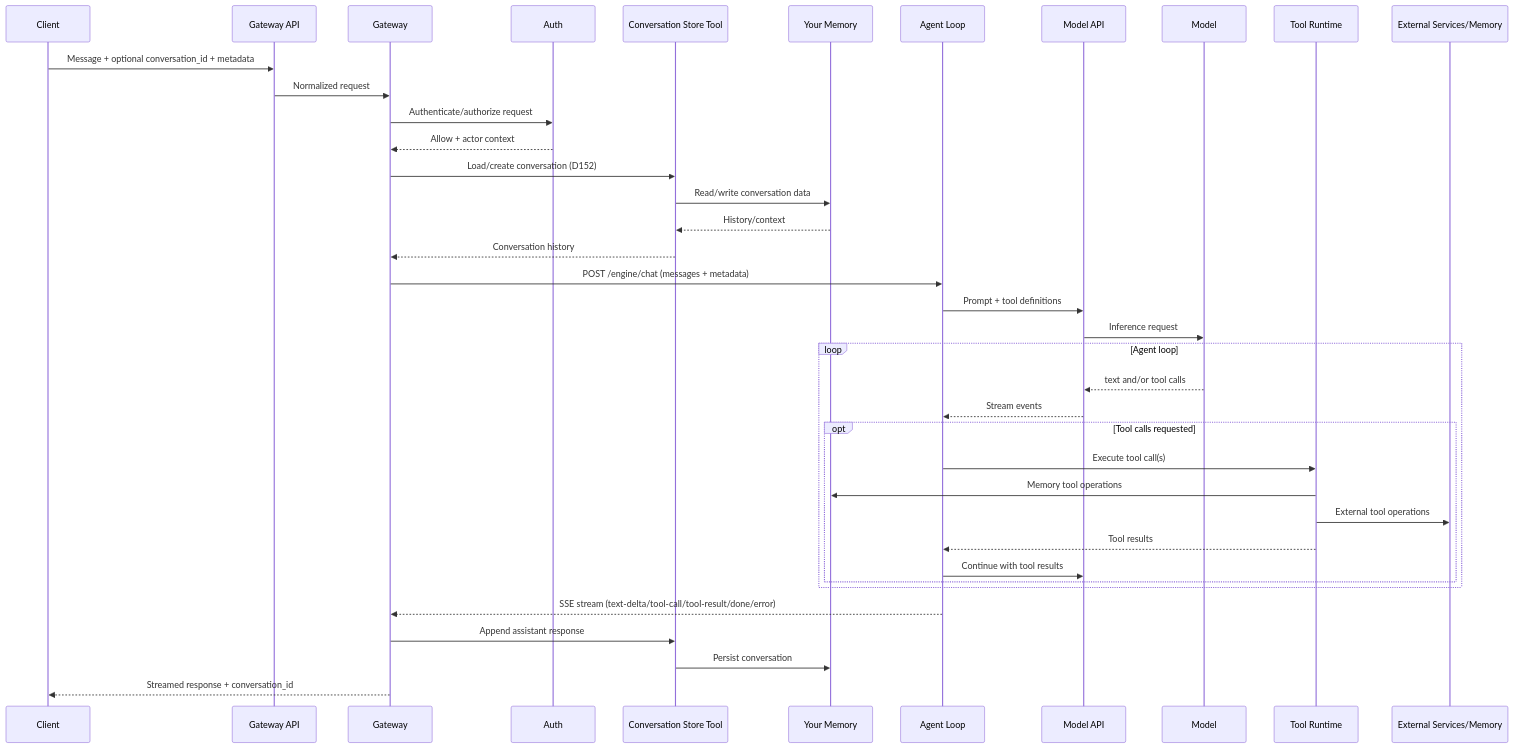
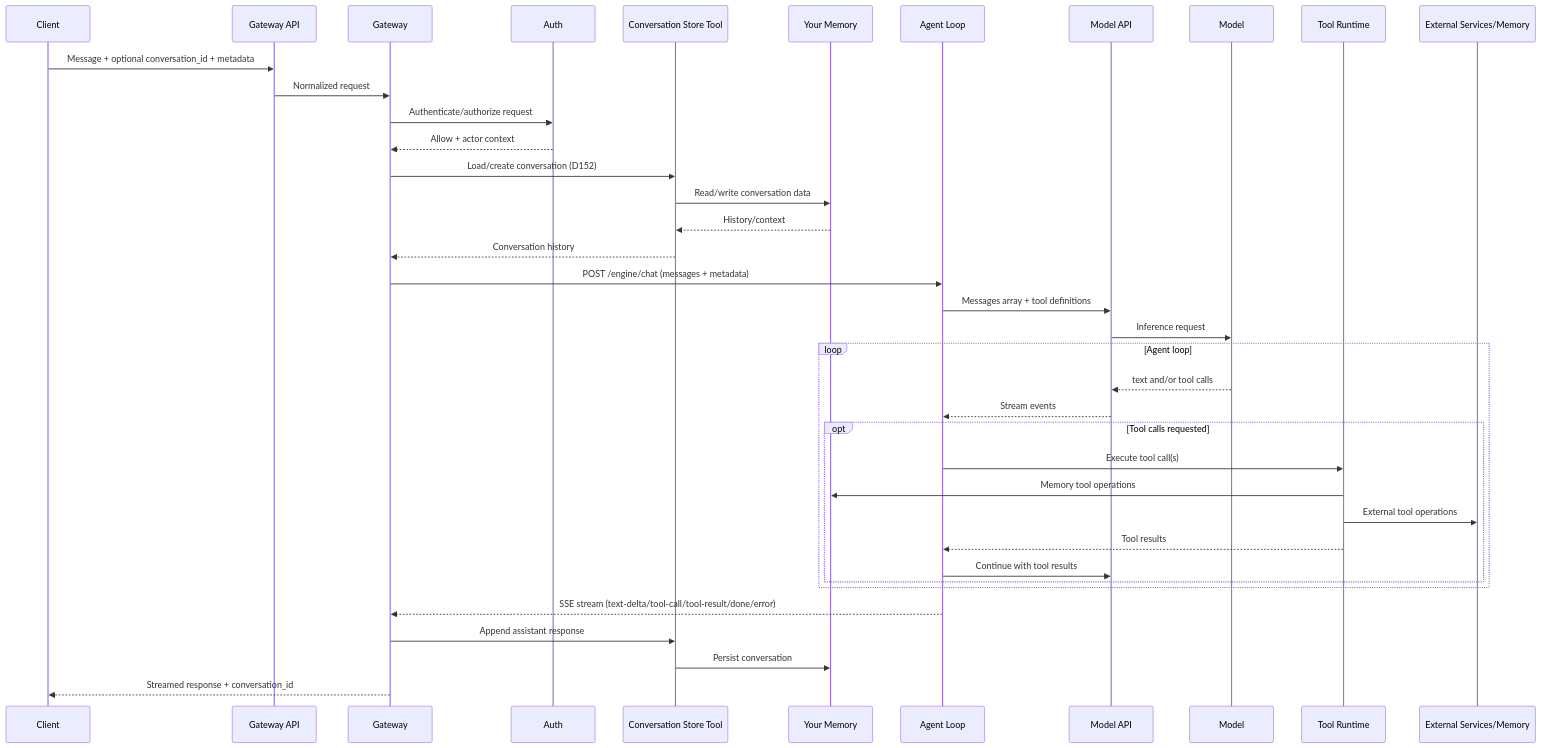
Before and after one commit to Personal-AI-Architecture/the-architecture: the second of 2 diagrams in docs/foundation-spec.md, drawn with Mermaid. The commit also changed 3 other files, not shown here.

````diff
--- a/docs/foundation-spec.md
+++ b/docs/foundation-spec.md
@@ -186,45 +186,45 @@
 ```mermaid
 sequenceDiagram
     participant Client
     participant GatewayAPI as Gateway API
     participant Gateway
     participant Auth
     participant ConvTool as Conversation Store Tool
     participant Memory as Your Memory
     participant Engine as Agent Loop
     participant Provider as Model API
     participant Model
     participant ToolRuntime as Tool Runtime
     participant External as External Services/Memory
 
     Client->>GatewayAPI: Message + optional conversation_id + metadata
     GatewayAPI->>Gateway: Normalized request
     Gateway->>Auth: Authenticate/authorize request
     Auth-->>Gateway: Allow + actor context
 
     Gateway->>ConvTool: Load/create conversation (D152)
     ConvTool->>Memory: Read/write conversation data
     Memory-->>ConvTool: History/context
     ConvTool-->>Gateway: Conversation history
 
     Gateway->>Engine: POST /engine/chat (messages + metadata)
-    Engine->>Provider: Prompt + tool definitions
+    Engine->>Provider: Messages array + tool definitions
     Provider->>Model: Inference request
 
     loop Agent loop
         Model-->>Provider: text and/or tool calls
         Provider-->>Engine: Stream events
         opt Tool calls requested
             Engine->>ToolRuntime: Execute tool call(s)
             ToolRuntime->>Memory: Memory tool operations
             ToolRuntime->>External: External tool operations
             ToolRuntime-->>Engine: Tool results
             Engine->>Provider: Continue with tool results
         end
     end
 
     Engine-->>Gateway: SSE stream (text-delta/tool-call/tool-result/done/error)
     Gateway->>ConvTool: Append assistant response
     ConvTool->>Memory: Persist conversation
     Gateway-->>Client: Streamed response + conversation_id
 ```
````
